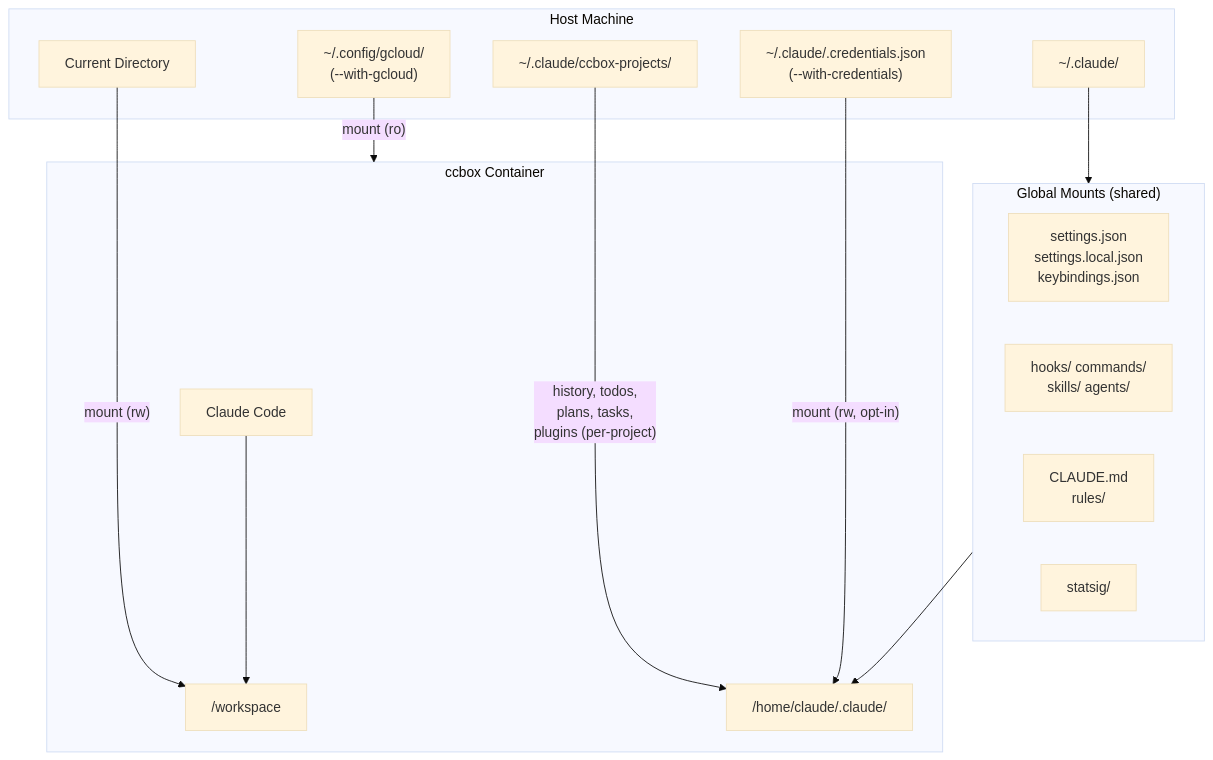
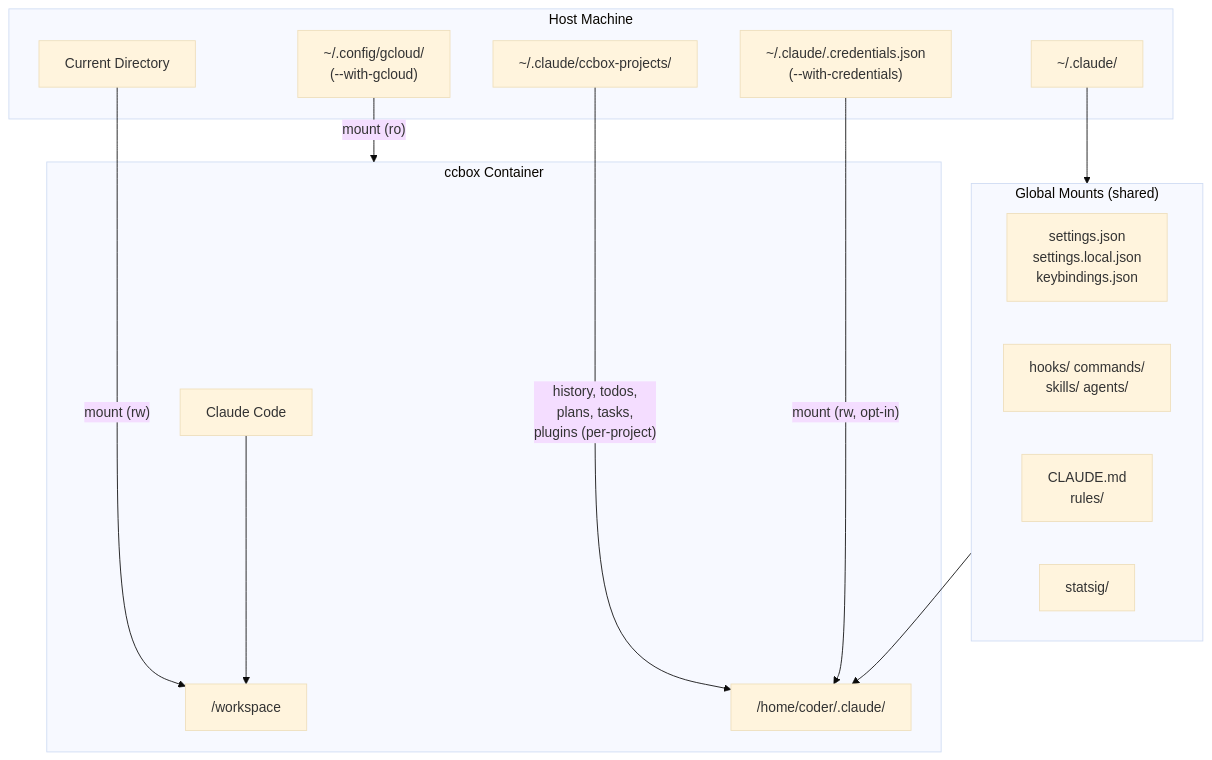
One commit to guimou/ccbox changed the diagram in docs/architecture.md. Above: the diagram before and after it, drawn with Mermaid (base theme). The commit also changed other lines of this file and 7 other files, not shown here.

First line of the commit message:
Rename container user and home folder to 'coder'

````diff
--- a/docs/architecture.md
+++ b/docs/architecture.md
@@ -66,33 +68,33 @@
 ```mermaid
 flowchart TB
     subgraph Host["Host Machine"]
         CWD["Current Directory"]
         GlobalConfig["~/.claude/"]
         ProjectData["~/.claude/ccbox-projects/"]
         GCloud["~/.config/gcloud/<br/>(--with-gcloud)"]
         Creds["~/.claude/.credentials.json<br/>(--with-credentials)"]
     end
 
     subgraph Container["ccbox Container"]
         Workspace["/workspace"]
-        ClaudeHome["/home/claude/.claude/"]
+        ClaudeHome["/home/coder/.claude/"]
         ClaudeCode["Claude Code"]
     end
 
     subgraph GlobalMounts["Global Mounts (shared)"]
         direction LR
         Settings["settings.json<br/>settings.local.json<br/>keybindings.json"]
         Extensions["hooks/ commands/<br/>skills/ agents/"]
         Memory["CLAUDE.md<br/>rules/"]
         Cache["statsig/"]
     end
 
     CWD -->|"mount (rw)"| Workspace
     GlobalConfig --> GlobalMounts
     GlobalMounts --> ClaudeHome
     ProjectData -->|"history, todos,<br/>plans, tasks,<br/>plugins (per-project)"| ClaudeHome
     GCloud -->|"mount (ro)"| Container
     Creds -->|"mount (rw, opt-in)"| ClaudeHome
 
     ClaudeCode --> Workspace
 ```
````
